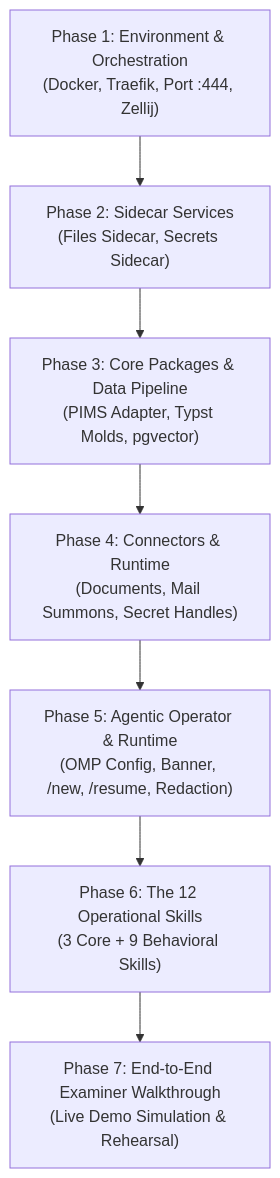
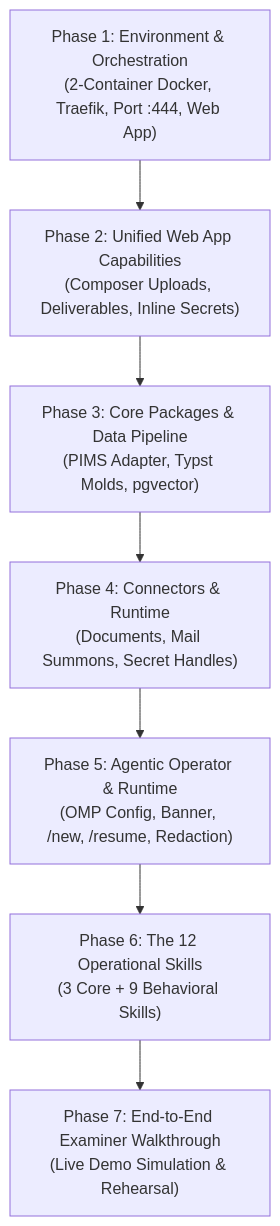
Before and after one commit to microuni-unsa/as-turno-b-grupo-4-final-2: the diagram in CHECK.md, drawn with Mermaid. The commit also changed other lines of this file and 27 other files, not shown here.

````diff
--- a/CHECK.md
+++ b/CHECK.md
@@ -14,9 +14,9 @@
 ```mermaid
 flowchart TD
-    P1["Phase 1: Environment & Orchestration\n(Docker, Traefik, Port :444, Zellij)"] --> P2["Phase 2: Sidecar Services\n(Files Sidecar, Secrets Sidecar)"]
+    P1["Phase 1: Environment & Orchestration\n(2-Container Docker, Traefik, Port :444, Web App)"] --> P2["Phase 2: Unified Web App Capabilities\n(Composer Uploads, Deliverables, Inline Secrets)"]
     P2 --> P3["Phase 3: Core Packages & Data Pipeline\n(PIMS Adapter, Typst Molds, pgvector)"]
     P3 --> P4["Phase 4: Connectors & Runtime\n(Documents, Mail Summons, Secret Handles)"]
     P4 --> P5["Phase 5: Agentic Operator & Runtime\n(OMP Config, Banner, /new, /resume, Redaction)"]
     P5 --> P6["Phase 6: The 12 Operational Skills\n(3 Core + 9 Behavioral Skills)"]
     P6 --> P7["Phase 7: End-to-End Examiner Walkthrough\n(Live Demo Simulation & Rehearsal)"]
 ```
````
